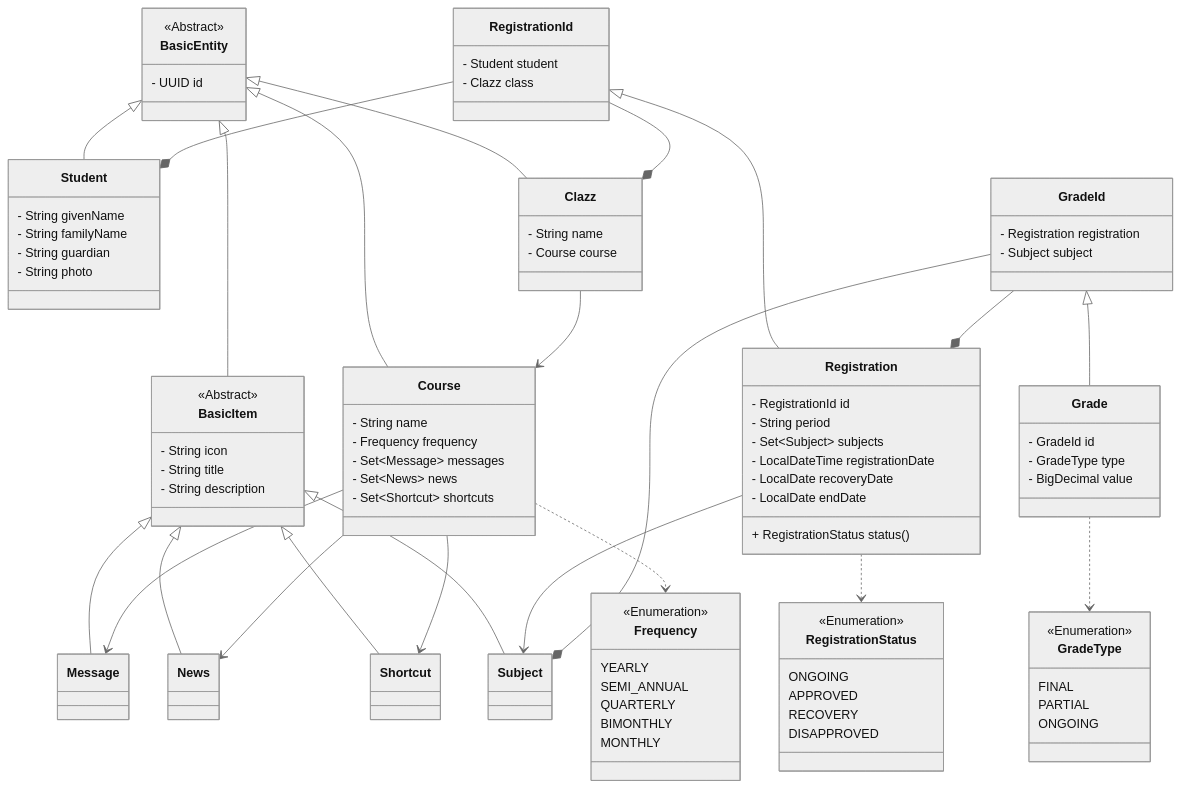
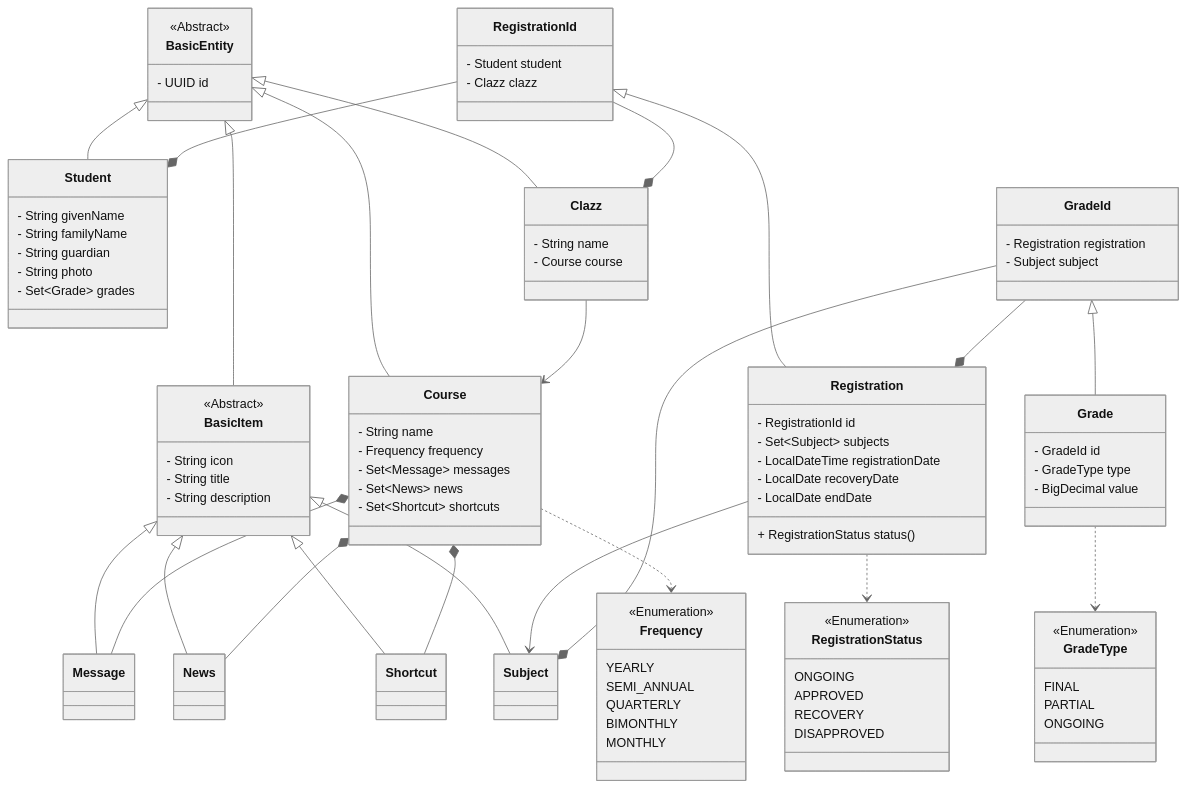
One commit to didifive/ess-api changed the second of 2 diagrams in README.md. Above: the diagram before and after it, drawn with Mermaid (neutral theme). The commit also changed 10 other files, not shown here.

Commit message:
docs: update domains to reflect diagram

```diff
--- a/README.md
+++ b/README.md
@@ -176,6 +176,7 @@
         - String familyName
         - String guardian
         - String photo
+        - Set~Grade~ grades
     }
 
     class Course {
@@ -193,12 +194,11 @@
 
     class RegistrationId {
         - Student student
-        - Clazz class
+        - Clazz clazz
     }
     
     class Registration {
         - RegistrationId id
-        - String period
         - Set~Subject~ subjects
         - LocalDateTime registrationDate
         - LocalDate recoveryDate
@@ -259,9 +259,9 @@
     BasicItem <|-- Shortcut
     BasicItem <|-- Subject
     Course ..> Frequency
-    Course --> Message
-    Course --> News
-    Course --> Shortcut
+    Course *-- Message
+    Course *-- News
+    Course *-- Shortcut
     Clazz --> Course
     RegistrationId --* Student
     RegistrationId --* Clazz
```
